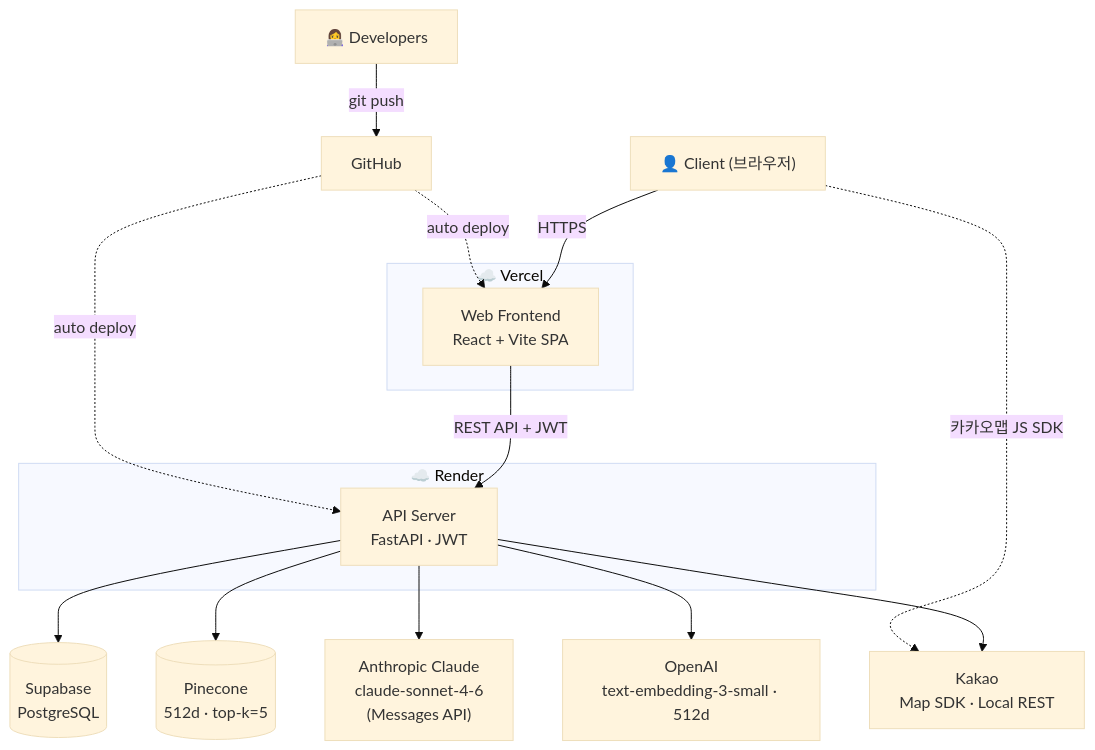
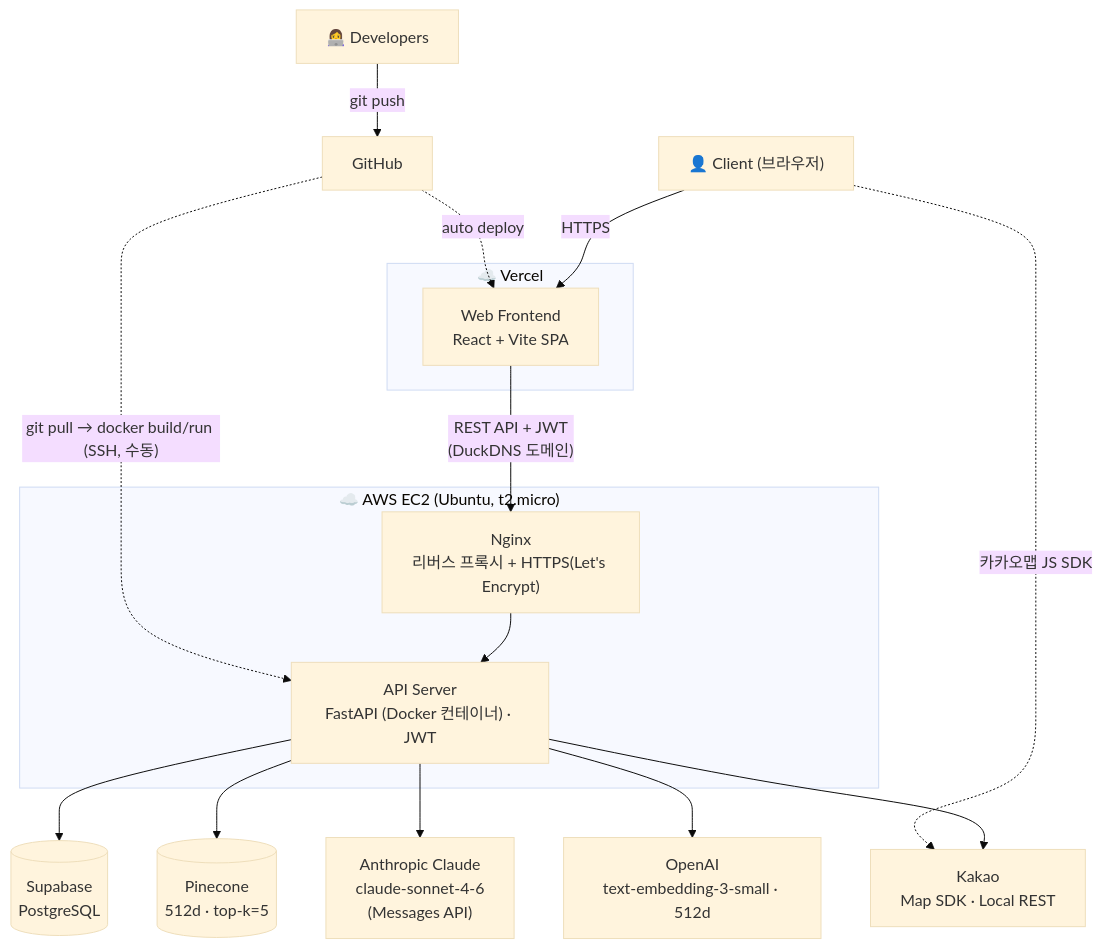
One commit to hanulkimm/biz-lunch-lab changed the fifth of 7 diagrams in README.md. Above: the diagram before and after it, drawn with Mermaid (base theme). The commit also changed other lines of this file, not shown here.

First line of the commit message:
docs: 백엔드 배포 인프라를 Render에서 AWS EC2로 갱신

````diff
--- a/README.md
+++ b/README.md
@@ -136,24 +136,24 @@
 ```mermaid
 flowchart TD
     Dev["👩‍💻 Developers"] -->|git push| GH["GitHub"]
     GH -. auto deploy .-> FE
-    GH -. auto deploy .-> API
+    GH -. "git pull → docker build/run (SSH, 수동)" .-> API
 
     Client["👤 Client (브라우저)"] -->|HTTPS| FE
     Client -. 카카오맵 JS SDK .-> KAKAO["Kakao<br/>Map SDK · Local REST"]
 
     subgraph Vercel["☁️ Vercel"]
         FE["Web Frontend<br/>React + Vite SPA"]
     end
-    subgraph Render["☁️ Render"]
-        API["API Server<br/>FastAPI · JWT"]
+    subgraph EC2["☁️ AWS EC2 (Ubuntu, t2.micro)"]
+        NGINX["Nginx<br/>리버스 프록시 + HTTPS(Let's Encrypt)"] --> API["API Server<br/>FastAPI (Docker 컨테이너) · JWT"]
     end
 
-    FE -->|"REST API + JWT"| API
+    FE -->|"REST API + JWT<br/>(DuckDNS 도메인)"| NGINX
 
     API --> DB[("Supabase<br/>PostgreSQL")]
     API --> VEC[("Pinecone<br/>512d · top-k=5")]
     API --> LLM["Anthropic Claude<br/>claude-sonnet-4-6<br/>(Messages API)"]
     API --> EMB["OpenAI<br/>text-embedding-3-small · 512d"]
     API --> KAKAO
 ```
````
